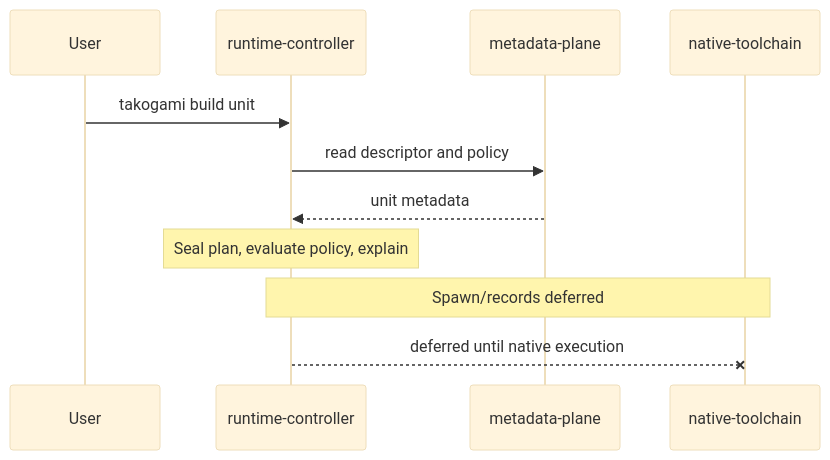
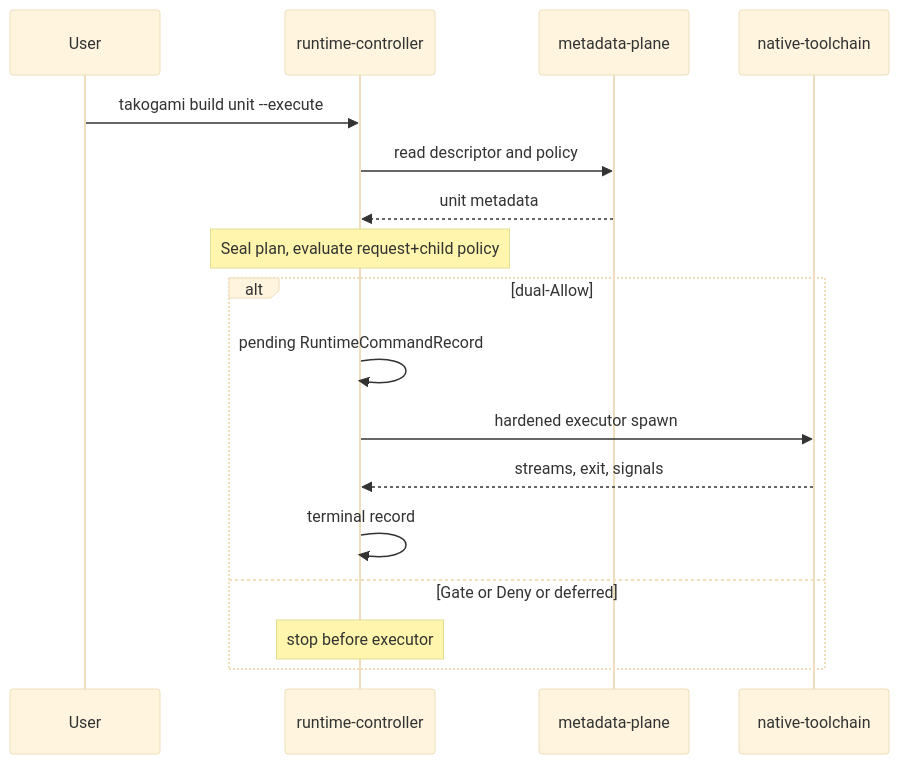
The diagram in docs/runtime-controller.md (luckgrid/wfos), drawn with Mermaid (base theme) before and after one commit. The commit also changed other lines of this file and 8 other files, not shown here.

````diff
--- a/docs/runtime-controller.md
+++ b/docs/runtime-controller.md
@@ -126,13 +146,19 @@
 ```mermaid
 sequenceDiagram
   participant U as User
   participant K as runtime-controller
   participant C as metadata-plane
   participant D as native-toolchain
-  U->>K: takogami build unit
+  U->>K: takogami build unit --execute
   K->>C: read descriptor and policy
   C-->>K: unit metadata
-  Note over K: Seal plan, evaluate policy, explain
-  Note over K,D: Spawn/records deferred
-  K--xD: deferred until native execution
+  Note over K: Seal plan, evaluate request+child policy
+  alt dual-Allow
+    K->>K: pending RuntimeCommandRecord
+    K->>D: hardened executor spawn
+    D-->>K: streams, exit, signals
+    K->>K: terminal record
+  else Gate or Deny or deferred
+    Note over K: stop before executor
+  end
 ```
````
